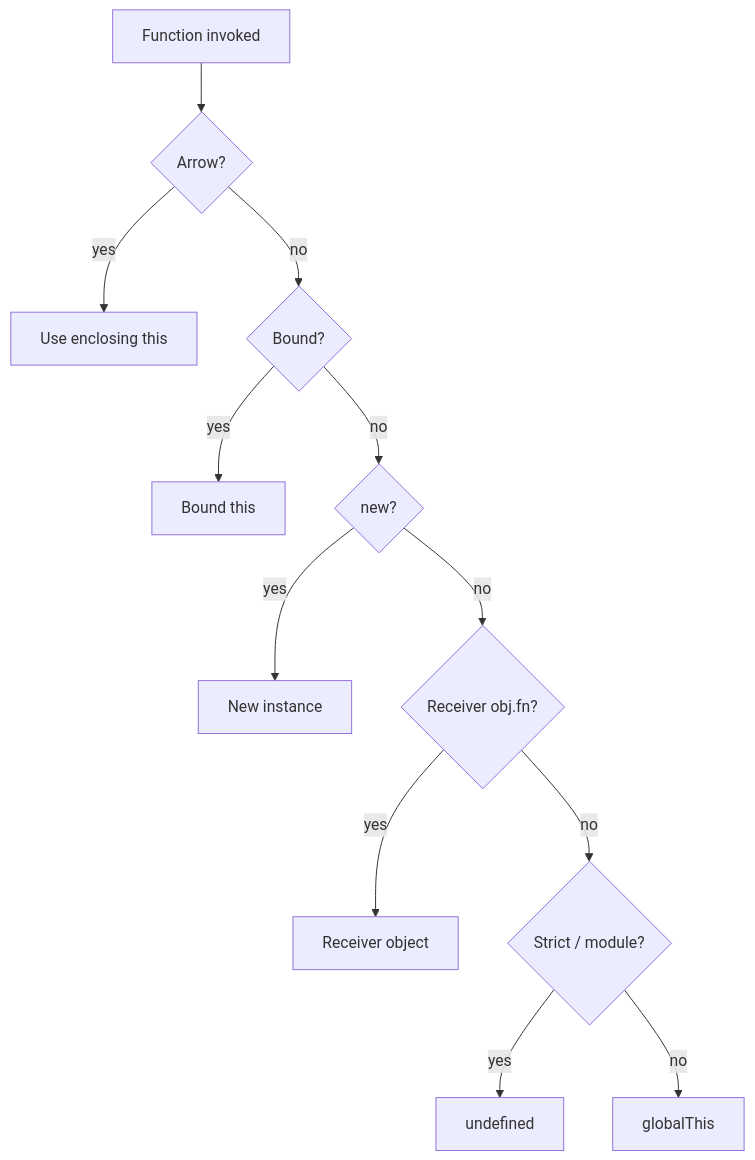
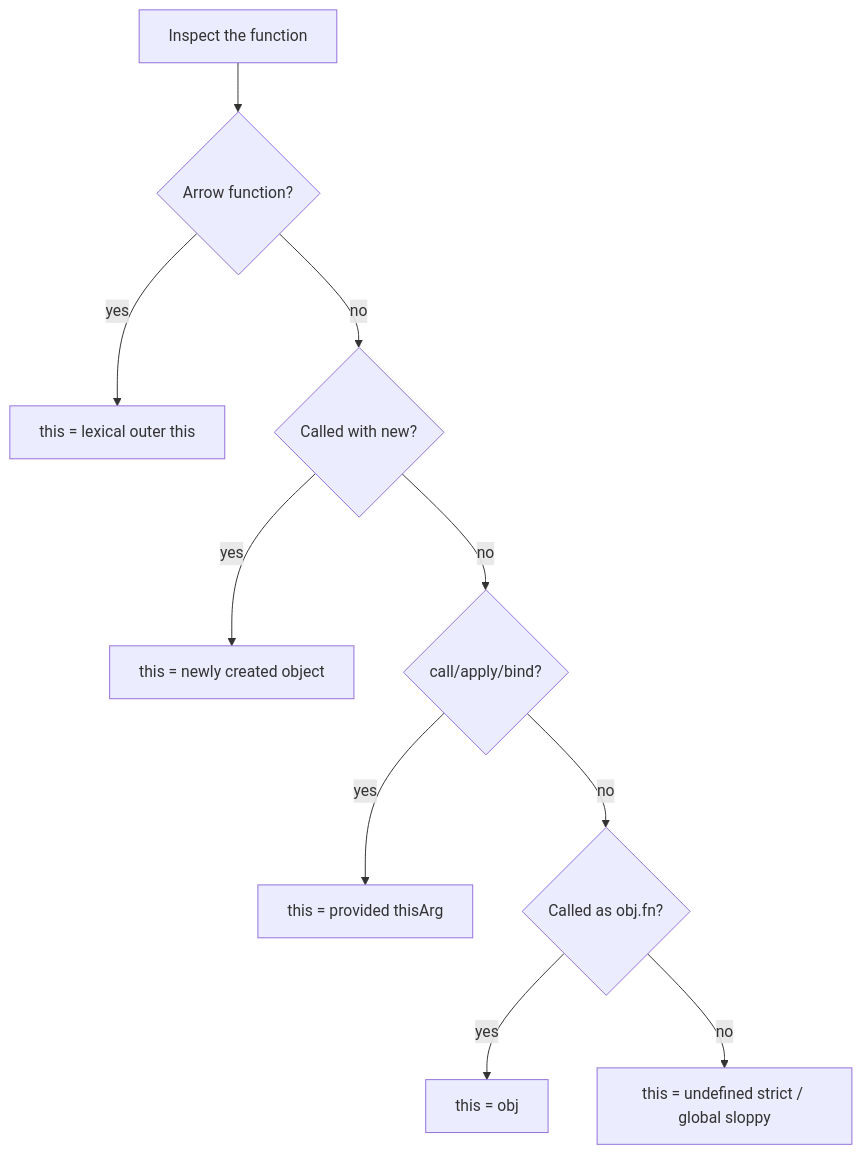
The fourth of 4 diagrams in docs/javascript/06-this.md (prajjwaljogdand/FullstackPreparation), drawn with Mermaid before and after one commit. The commit also changed other lines of this file and 91 other files, not shown here.

````diff
--- a/docs/javascript/06-this.md
+++ b/docs/javascript/06-this.md
@@ -18,14 +667,13 @@
 ```mermaid
-flowchart TD
-  Call["Function invoked"] --> Arrow{"Arrow?"}
-  Arrow -->|yes| Lex["Use enclosing this"]
-  Arrow -->|no| Bound{"Bound?"}
-  Bound -->|yes| Fixed["Bound this"]
-  Bound -->|no| New{"new?"}
-  New -->|yes| Inst["New instance"]
-  New -->|no| Rec{"Receiver obj.fn?"}
-  Rec -->|yes| Obj["Receiver object"]
-  Rec -->|no| Strict{"Strict / module?"}
-  Strict -->|yes| Undef["undefined"]
-  Strict -->|no| Global["globalThis"]
+flowchart TB
+  Start["Inspect the function"]
+  Start --> IsArrow{Arrow function?}
+  IsArrow -->|yes| Lex["this = lexical outer this"]
+  IsArrow -->|no| IsNew{Called with new?}
+  IsNew -->|yes| NewObj["this = newly created object"]
+  IsNew -->|no| IsExplicit{call/apply/bind?}
+  IsExplicit -->|yes| Explicit["this = provided thisArg"]
+  IsExplicit -->|no| IsMethod{Called as obj.fn?}
+  IsMethod -->|yes| Implicit["this = obj"]
+  IsMethod -->|no| Default["this = undefined strict / global sloppy"]
 ```
````
